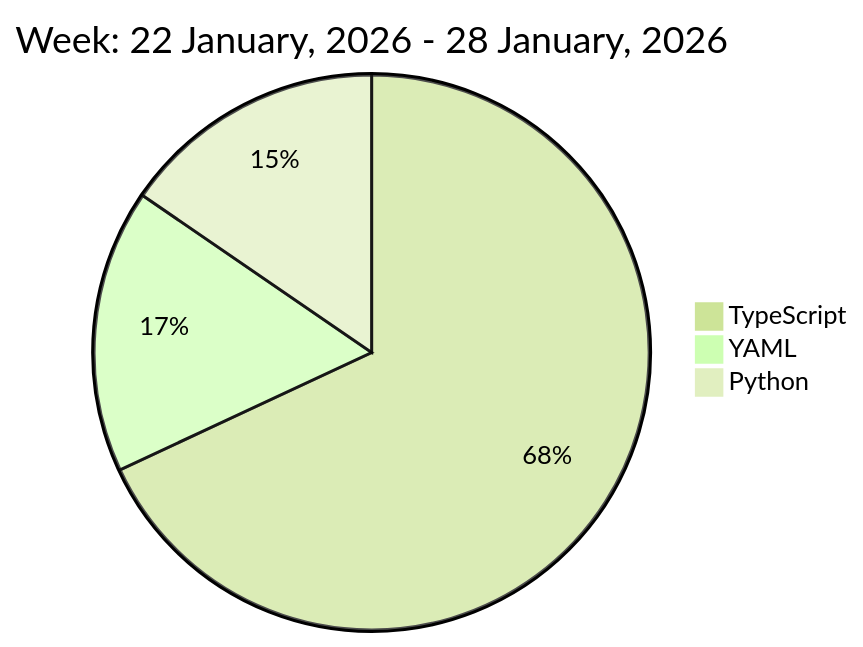
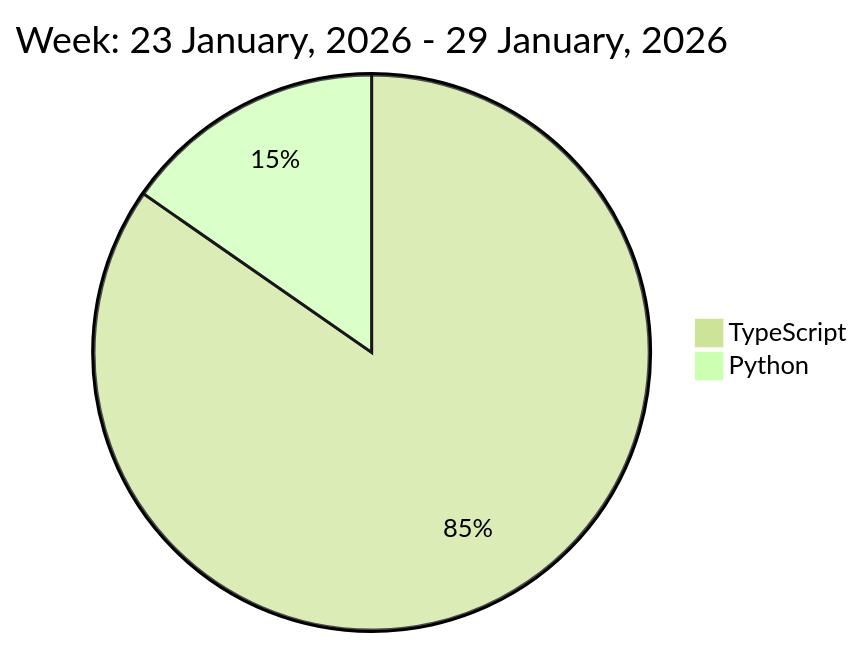
The diagram in README.md (liubin95/liubin95), drawn with Mermaid (forest theme) before and after one commit.

Commit message:
Updated the Graph with new Metrics

````diff
--- a/README.md
+++ b/README.md
@@ -37,7 +37,6 @@
 ```mermaid
  pie
-title Week: 22 January, 2026 - 28 January, 2026
- "TypeScript" : 9.48
- "YAML" : 2.3
+title Week: 23 January, 2026 - 29 January, 2026
+ "TypeScript" : 11.88
  "Python" : 2.15
 ```
````
